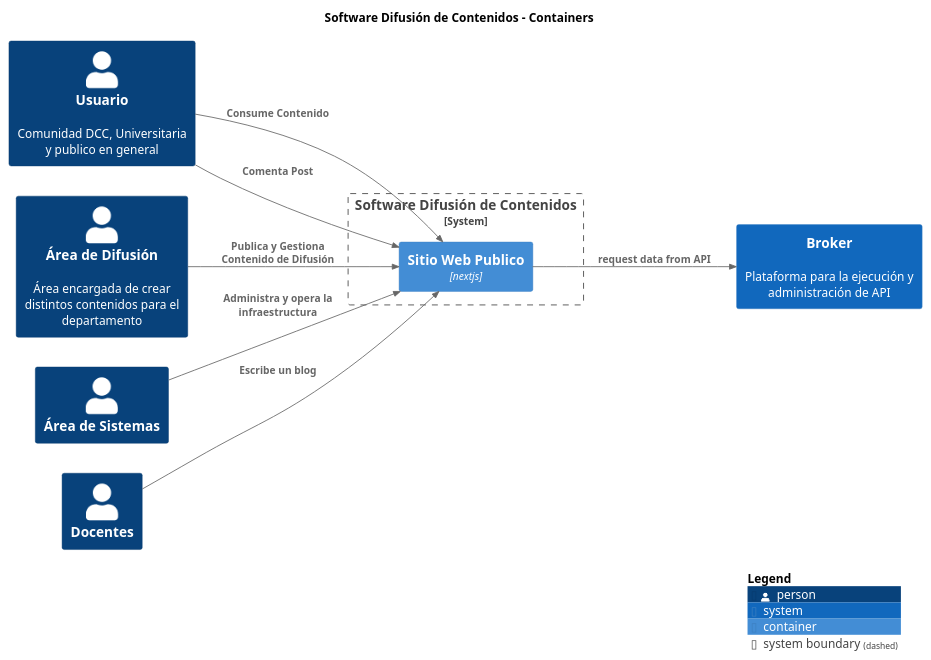
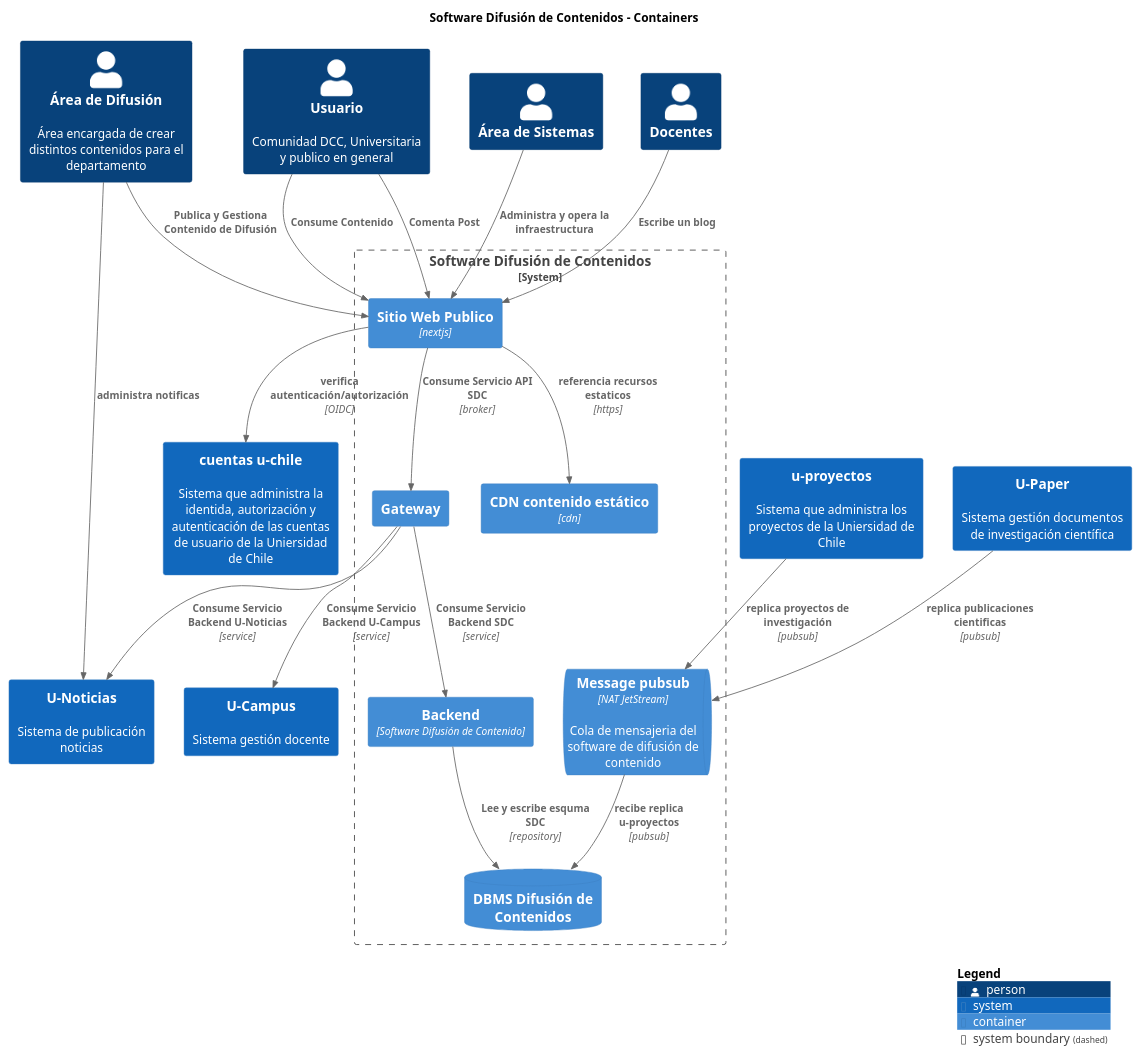
Before and after one commit to nbrx/c4-dcc-arq: the diagram in build/site/puml/Container-001-Container-001.puml, drawn with PlantUML. The commit also changed 130 other files, not shown here.

```diff
--- a/build/site/puml/Container-001-Container-001.puml
+++ b/build/site/puml/Container-001-Container-001.puml
@@ -1,31 +1,50 @@
 @startuml
 set separator none
 title Software Difusión de Contenidos - Containers
 
-left to right direction
+top to bottom direction
 
 !include <C4/C4>
 !include <C4/C4_Context>
 !include <C4/C4_Container>
 
 skinparam svgDimensionStyle false
 skinparam preserveAspectRatio meet
+System(UNoticias, "U-Noticias", "Sistema de publicación noticias", $tags="")[[../../u-noticias/context/]]
+System(UCampus, "U-Campus", "Sistema gestión docente", $tags="")[[../../u-campus/context/]]
 Person(Usuario, "Usuario", "Comunidad DCC, Universitaria y publico en general", $tags="")
 Person(ÁreadeDifusión, "Área de Difusión", "Área encargada de crear distintos contenidos para el departamento", $tags="")
 Person(ÁreadeSistemas, "Área de Sistemas", "", $tags="")
 Person(Docentes, "Docentes", "", $tags="")
-System(Broker, "Broker", "Plataforma para la ejecución y administración de API", $tags="")[[../../broker/context/]]
+System(cuentasuchile, "cuentas u-chile", "Sistema que administra la identida, autorización y autenticación de las cuentas de usuario de la Uniersidad de Chile", $tags="")[[../../cuentas-u-chile/context/]]
+System(uproyectos, "u-proyectos", "Sistema que administra los proyectos de la Uniersidad de Chile", $tags="")[[../../u-proyectos/context/]]
+System(UPaper, "U-Paper", "Sistema gestión documentos de investigación científica", $tags="")[[../../u-paper/context/]]
 
 System_Boundary("SoftwareDifusióndeContenidos_boundary", "Software Difusión de Contenidos", $tags="") {
+  Container(SoftwareDifusióndeContenidos.Gateway, "Gateway", "", $tags="")[[../component/]]
+  ContainerDb(SoftwareDifusióndeContenidos.DBMSDifusióndeContenidos, "DBMS Difusión de Contenidos", "", $tags="")
+  ContainerQueue(SoftwareDifusióndeContenidos.Messagepubsub, "Message pubsub", "NAT JetStream", "Cola de mensajeria del software de difusión de contenido", $tags="")[[../component/]]
+  Container(SoftwareDifusióndeContenidos.CDNcontenidoestático, "CDN contenido estático", "cdn", $tags="")
   Container(SoftwareDifusióndeContenidos.SitioWebPublico, "Sitio Web Publico", "nextjs", "", $tags="")[[../component/]]
+  Container(SoftwareDifusióndeContenidos.Backend, "Backend", "Software Difusión de Contenido", $tags="")
 }
 
+Rel_D(ÁreadeDifusión, UNoticias, "administra notificas", $tags="")
 Rel_D(Usuario, SoftwareDifusióndeContenidos.SitioWebPublico, "Consume Contenido", $tags="")
 Rel_D(Usuario, SoftwareDifusióndeContenidos.SitioWebPublico, "Comenta Post", $tags="")
 Rel_D(Docentes, SoftwareDifusióndeContenidos.SitioWebPublico, "Escribe un blog", $tags="")
 Rel_D(ÁreadeDifusión, SoftwareDifusióndeContenidos.SitioWebPublico, "Publica y Gestiona Contenido de Difusión", $tags="")
 Rel_D(ÁreadeSistemas, SoftwareDifusióndeContenidos.SitioWebPublico, "Administra y opera la infraestructura", $tags="")
-Rel_D(SoftwareDifusióndeContenidos.SitioWebPublico, Broker, "request data from API", $tags="")
+Rel_D(SoftwareDifusióndeContenidos.SitioWebPublico, SoftwareDifusióndeContenidos.Gateway, "Consume Servicio API SDC", "broker", $tags="")
+Rel_D(SoftwareDifusióndeContenidos.Gateway, SoftwareDifusióndeContenidos.Backend, "Consume Servicio Backend SDC", "service", $tags="")
+Rel_D(SoftwareDifusióndeContenidos.Backend, SoftwareDifusióndeContenidos.DBMSDifusióndeContenidos, "Lee y escribe esquma SDC", "repository", $tags="")
+Rel_D(SoftwareDifusióndeContenidos.SitioWebPublico, SoftwareDifusióndeContenidos.CDNcontenidoestático, "referencia recursos estaticos", "https", $tags="")
+Rel_D(SoftwareDifusióndeContenidos.Gateway, UNoticias, "Consume Servicio Backend U-Noticias", "service", $tags="")
+Rel_D(SoftwareDifusióndeContenidos.Gateway, UCampus, "Consume Servicio Backend U-Campus", "service", $tags="")
+Rel_D(SoftwareDifusióndeContenidos.SitioWebPublico, cuentasuchile, "verifica autenticación/autorización", "OIDC", $tags="")
+Rel_D(uproyectos, SoftwareDifusióndeContenidos.Messagepubsub, "replica proyectos de investigación", "pubsub", $tags="")
+Rel_D(SoftwareDifusióndeContenidos.Messagepubsub, SoftwareDifusióndeContenidos.DBMSDifusióndeContenidos, "recibe replica u-proyectos", "pubsub", $tags="")
+Rel_D(UPaper, SoftwareDifusióndeContenidos.Messagepubsub, "replica publicaciones cientificas", "pubsub", $tags="")
 
 SHOW_LEGEND(true)
 @enduml
```
